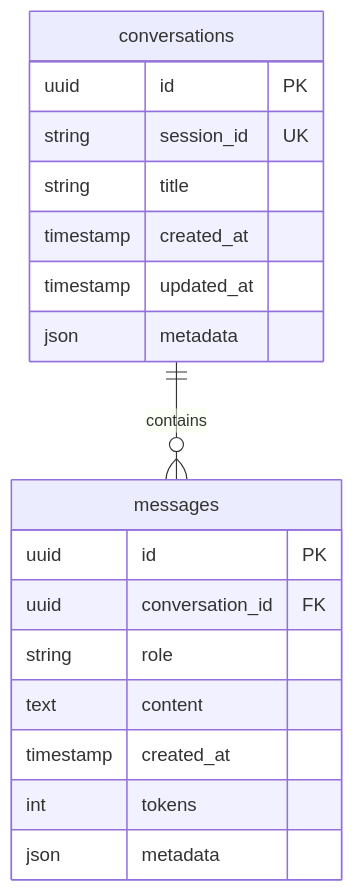
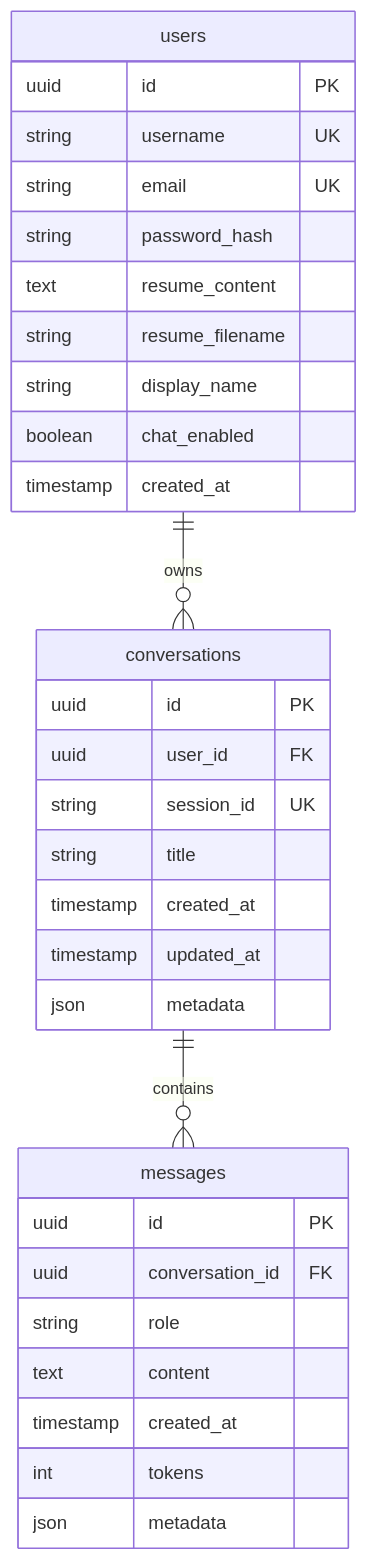
The second of 2 diagrams in README.md (averhaven/resume-chatbot), drawn with Mermaid before and after one commit. The commit also changed other lines of this file and 1 other file, not shown here.

First line of the commit message:
docs: update README and CLAUDE.md for multi-tenant resume feature

````diff
--- a/README.md
+++ b/README.md
@@ -224,23 +292,37 @@
 ```mermaid
 erDiagram
+    users {
+        uuid id PK
+        string username UK
+        string email UK
+        string password_hash
+        text resume_content
+        string resume_filename
+        string display_name
+        boolean chat_enabled
+        timestamp created_at
+    }
+
     conversations {
         uuid id PK
+        uuid user_id FK
         string session_id UK
         string title
         timestamp created_at
         timestamp updated_at
         json metadata
     }
 
     messages {
         uuid id PK
         uuid conversation_id FK
         string role
         text content
         timestamp created_at
         int tokens
         json metadata
     }
 
+    users ||--o{ conversations : owns
     conversations ||--o{ messages : contains
 ```
````
